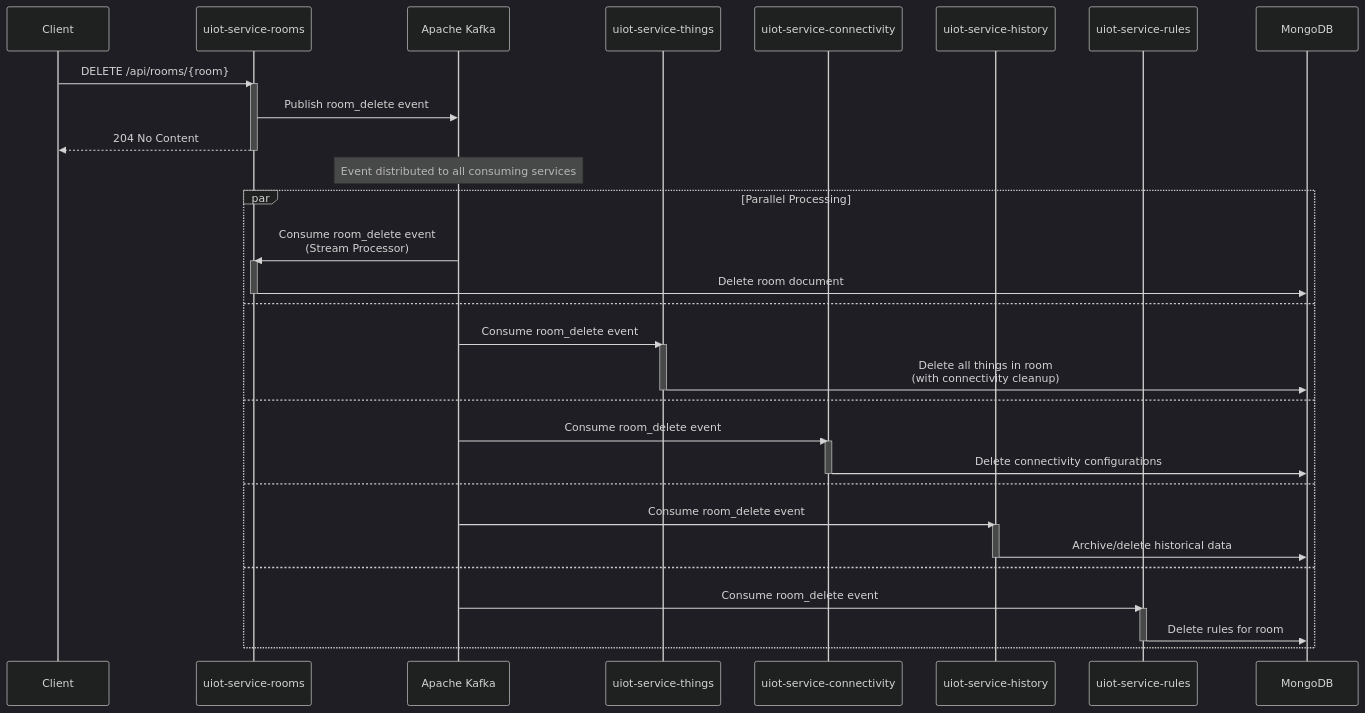
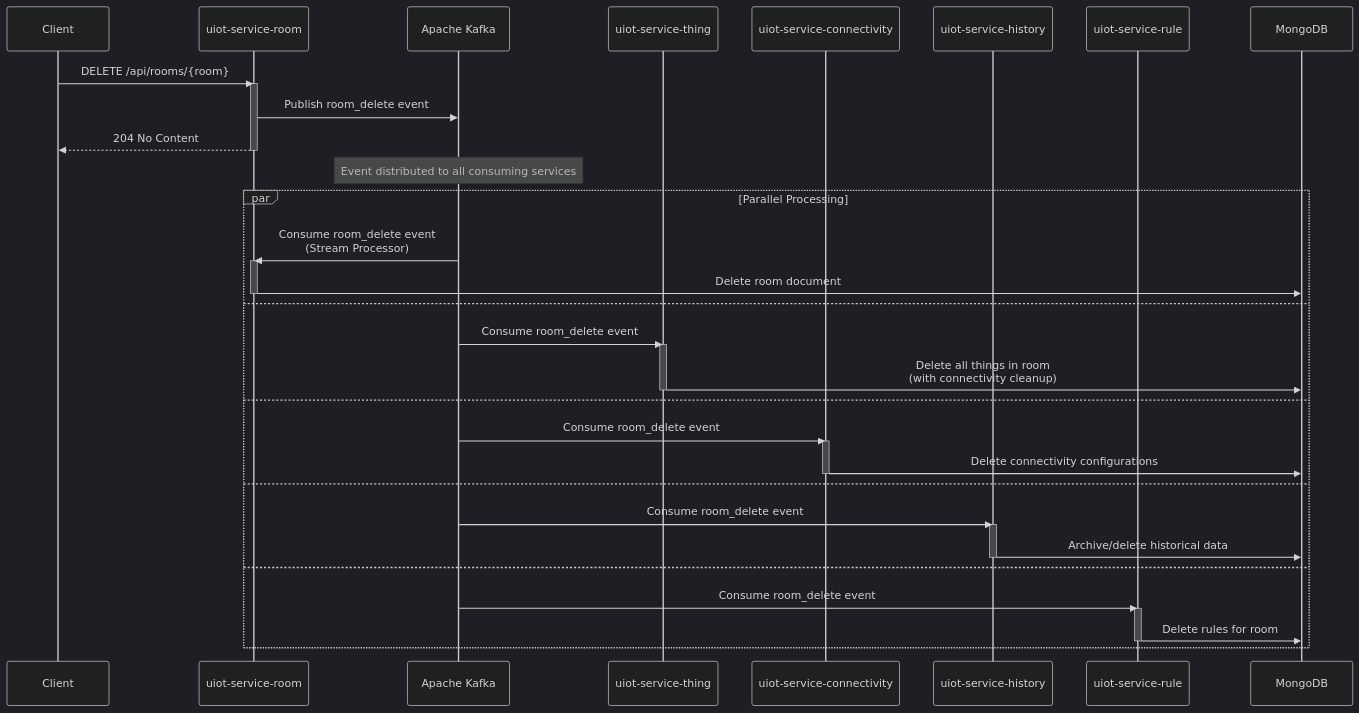
Before and after one commit to malczuuu/uiot: the sixth of 6 diagrams in README.md, drawn with Mermaid (dark theme). The commit also changed other lines of this file and 230 other files, not shown here.

````diff
--- a/README.md
+++ b/README.md
@@ -210,44 +209,44 @@
 ```mermaid
 sequenceDiagram
     participant Client
-    participant RoomsService as uiot-service-rooms
+    participant RoomsService as uiot-service-room
     participant Kafka as Apache Kafka
-    participant ThingsService as uiot-service-things
+    participant ThingsService as uiot-service-thing
     participant ConnectivityService as uiot-service-connectivity
     participant HistoryService as uiot-service-history
-    participant RulesService as uiot-service-rules
+    participant RulesService as uiot-service-rule
     participant MongoDB as MongoDB
     Client ->> RoomsService: DELETE /api/rooms/{room}
     activate RoomsService
     RoomsService ->> Kafka: Publish room_delete event
     RoomsService -->> Client: 204 No Content
     deactivate RoomsService
     Note over Kafka: Event distributed to all consuming services
 
     par Parallel Processing
         Kafka ->> RoomsService: Consume room_delete event<br/>(Stream Processor)
         activate RoomsService
         RoomsService ->> MongoDB: Delete room document
         deactivate RoomsService
     and
         Kafka ->> ThingsService: Consume room_delete event
         activate ThingsService
         ThingsService ->> MongoDB: Delete all things in room<br/>(with connectivity cleanup)
         deactivate ThingsService
     and
         Kafka ->> ConnectivityService: Consume room_delete event
         activate ConnectivityService
         ConnectivityService ->> MongoDB: Delete connectivity configurations
         deactivate ConnectivityService
     and
         Kafka ->> HistoryService: Consume room_delete event
         activate HistoryService
         HistoryService ->> MongoDB: Archive/delete historical data
         deactivate HistoryService
     and
         Kafka ->> RulesService: Consume room_delete event
         activate RulesService
         RulesService ->> MongoDB: Delete rules for room
         deactivate RulesService
     end
 ```
````
